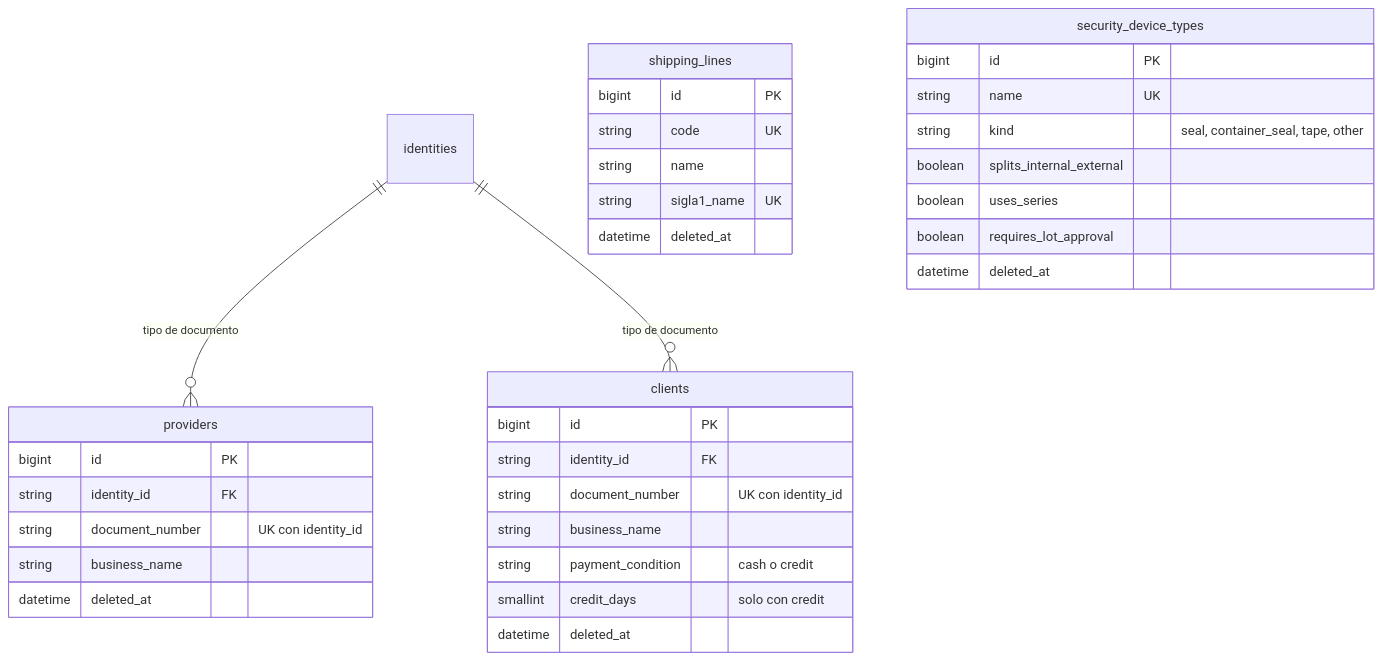
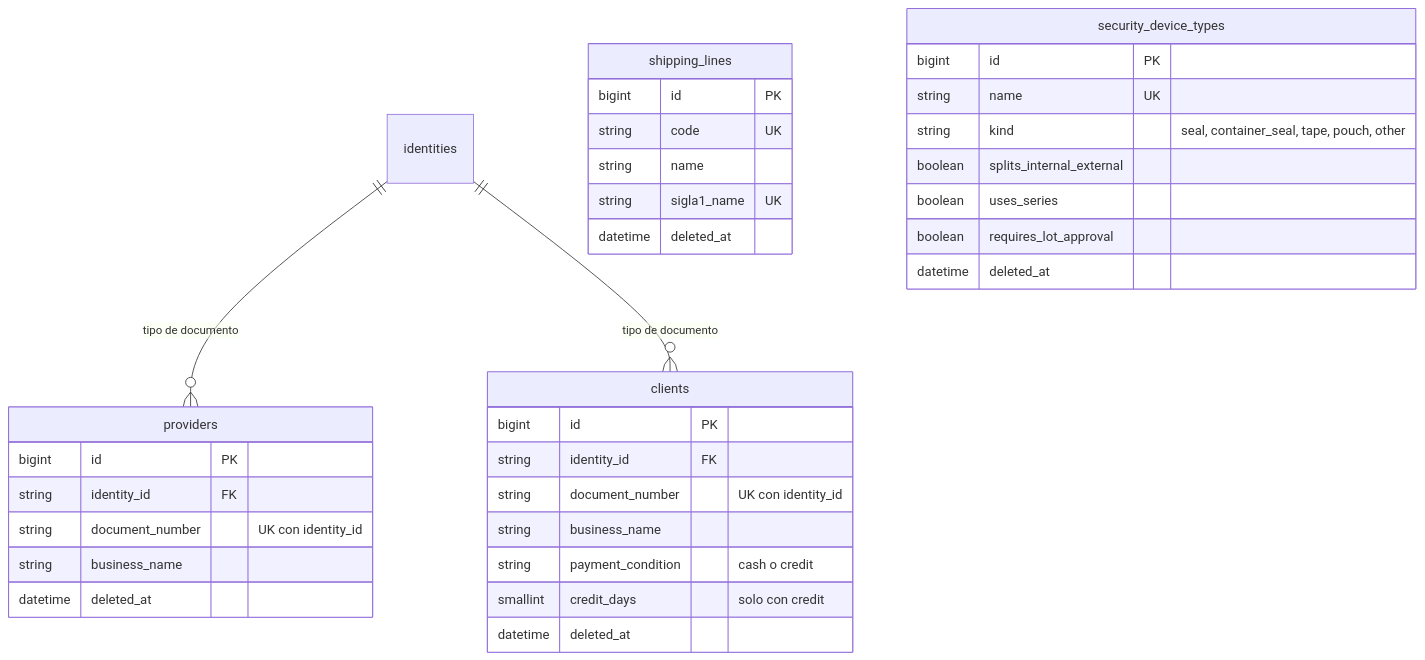
One commit to Cerati1998/SIGLA-TOS changed the second of 12 diagrams in docs/database.md. Above: the diagram before and after it, drawn with Mermaid. The commit also changed other lines of this file and 2 other files, not shown here.

````diff
--- a/docs/database.md
+++ b/docs/database.md
@@ -126,38 +126,38 @@
 ```mermaid
 erDiagram
   identities ||--o{ providers : "tipo de documento"
   identities ||--o{ clients : "tipo de documento"
 
   shipping_lines {
     bigint id PK
     string code UK
     string name
     string sigla1_name UK
     datetime deleted_at
   }
   providers {
     bigint id PK
     string identity_id FK
     string document_number "UK con identity_id"
     string business_name
     datetime deleted_at
   }
   clients {
     bigint id PK
     string identity_id FK
     string document_number "UK con identity_id"
     string business_name
     string payment_condition "cash o credit"
     smallint credit_days "solo con credit"
     datetime deleted_at
   }
   security_device_types {
     bigint id PK
     string name UK
-    string kind "seal, container_seal, tape, other"
+    string kind "seal, container_seal, tape, pouch, other"
     boolean splits_internal_external
     boolean uses_series
     boolean requires_lot_approval
     datetime deleted_at
   }
 ```
````
